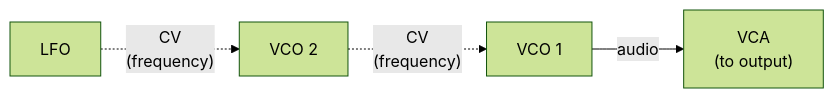
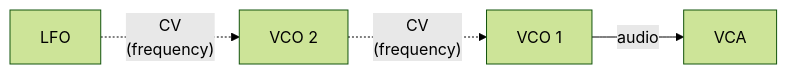
Before and after one commit to parasaurolophus/rader.us: the fourth of 7 diagrams in music/algorithmic_musical_composition/index.md, drawn with Mermaid (forest theme). The commit also changed other lines of this file, not shown here.

Commit message:
Improve diagrams and layout of musicography/index.md

````diff
--- a/music/algorithmic_musical_composition/index.md
+++ b/music/algorithmic_musical_composition/index.md
@@ -510,12 +526,12 @@
 ```mermaid
 graph LR
 
     lfo[LFO]
     vco1[VCO 1]
     vco2[VCO 2]
-    vca["VCA<br>(to output)"]
+    vca[VCA]
 
     lfo .->|"CV<br>(frequency)"| vco2
     vco2 .->|"CV<br>(frequency)"| vco1
     vco1 -->|audio| vca
 ```
````
